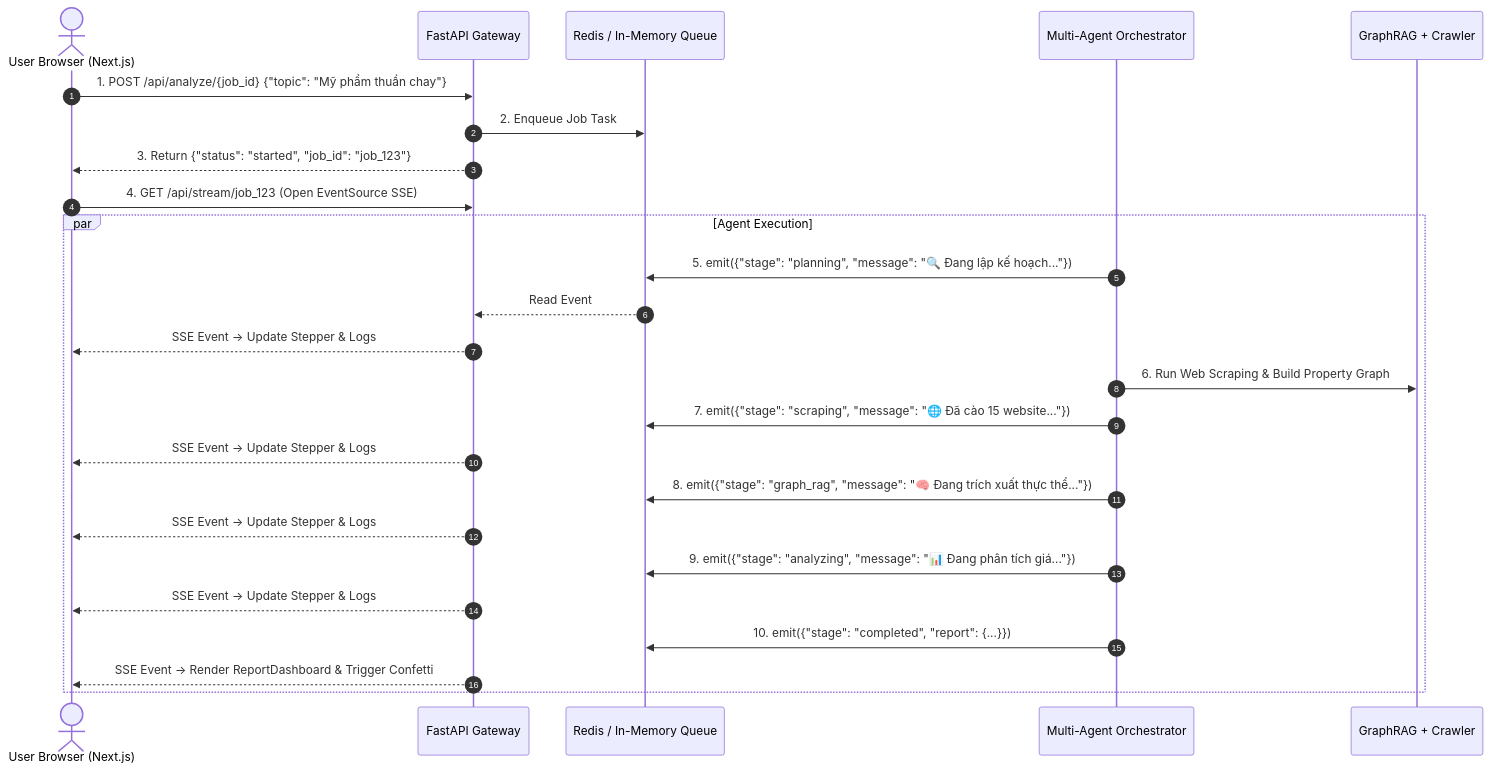
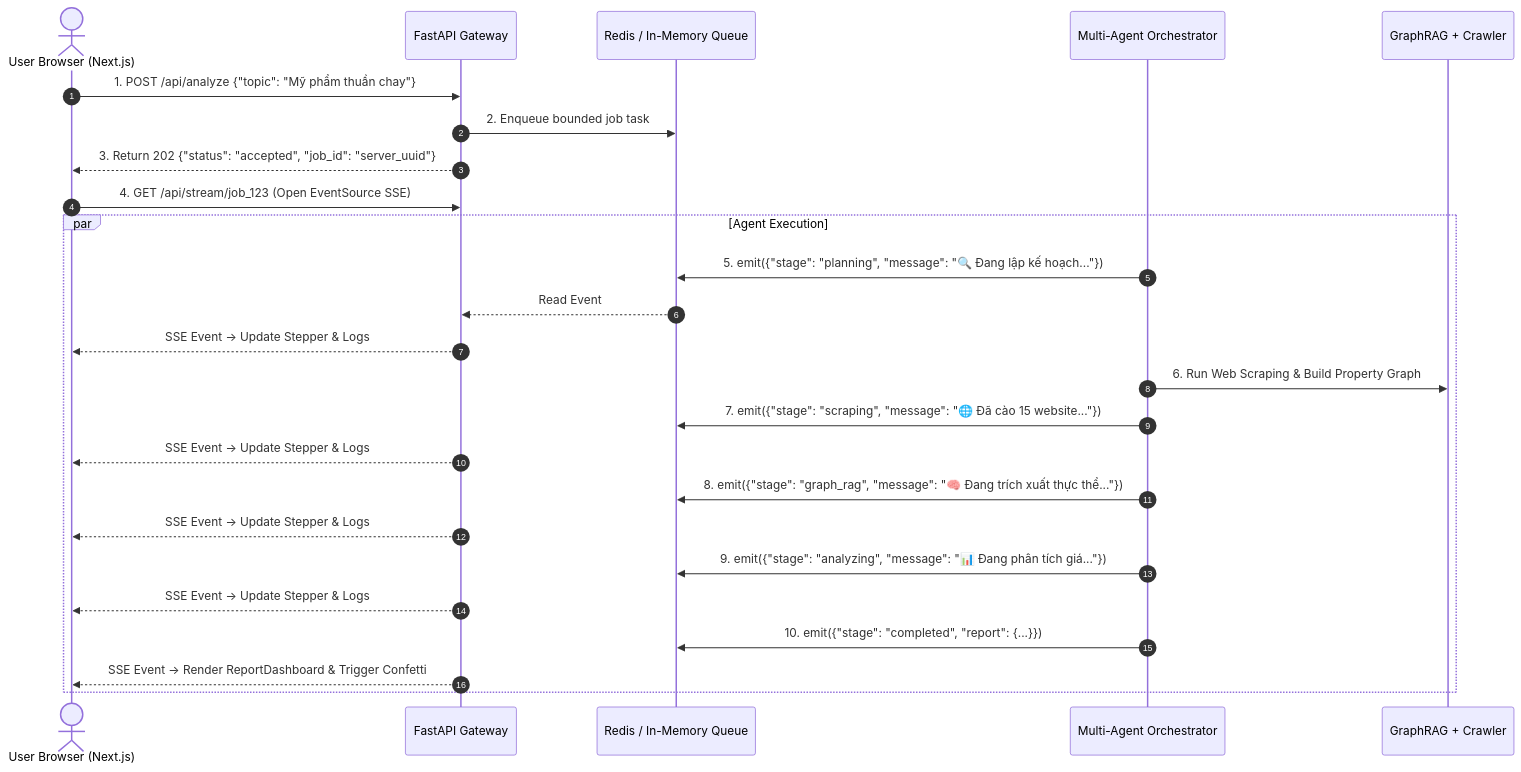
One commit to LongFixBug/ama-market-intelligence changed the fourth of 5 diagrams in ARCHITECTURE.md. Above: the diagram before and after it, drawn with Mermaid. The commit also changed other lines of this file and 36 other files, not shown here.

````diff
--- a/ARCHITECTURE.md
+++ b/ARCHITECTURE.md
@@ -254,33 +256,33 @@
 ```mermaid
 sequenceDiagram
     autonumber
     actor User as User Browser (Next.js)
     participant API as FastAPI Gateway
     participant Queue as Redis / In-Memory Queue
     participant Crew as Multi-Agent Orchestrator
     participant RAG as GraphRAG + Crawler
 
-    User->>API: 1. POST /api/analyze/{job_id} {"topic": "Mỹ phẩm thuần chay"}
-    API->>Queue: 2. Enqueue Job Task
-    API-->>User: 3. Return {"status": "started", "job_id": "job_123"}
+    User->>API: 1. POST /api/analyze {"topic": "Mỹ phẩm thuần chay"}
+    API->>Queue: 2. Enqueue bounded job task
+    API-->>User: 3. Return 202 {"status": "accepted", "job_id": "server_uuid"}
     User->>API: 4. GET /api/stream/job_123 (Open EventSource SSE)
     
     par Agent Execution
         Crew->>Queue: 5. emit({"stage": "planning", "message": "🔍 Đang lập kế hoạch..."})
         Queue-->>API: Read Event
         API-->>User: SSE Event -> Update Stepper & Logs
         
         Crew->>RAG: 6. Run Web Scraping & Build Property Graph
         Crew->>Queue: 7. emit({"stage": "scraping", "message": "🌐 Đã cào 15 website..."})
         API-->>User: SSE Event -> Update Stepper & Logs
 
         Crew->>Queue: 8. emit({"stage": "graph_rag", "message": "🧠 Đang trích xuất thực thể..."})
         API-->>User: SSE Event -> Update Stepper & Logs
 
         Crew->>Queue: 9. emit({"stage": "analyzing", "message": "📊 Đang phân tích giá..."})
         API-->>User: SSE Event -> Update Stepper & Logs
 
         Crew->>Queue: 10. emit({"stage": "completed", "report": {...}})
         API-->>User: SSE Event -> Render ReportDashboard & Trigger Confetti
     end
 ```
````
